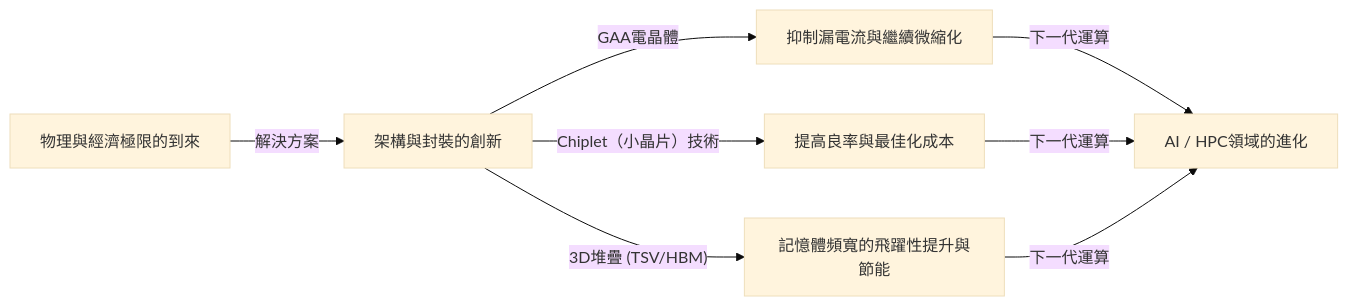
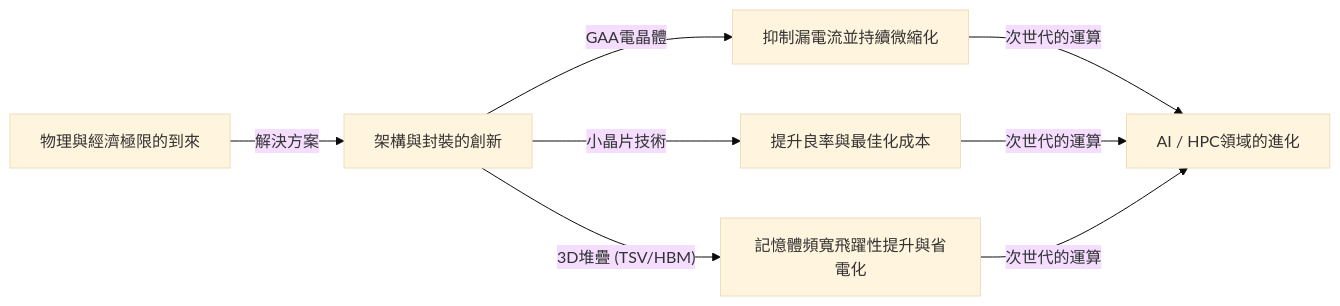
One commit to kenjinote/blog changed the second of 2 diagrams in content/post/business-moores-law/index.zh-tw.md. Above: the diagram before and after it, drawn with Mermaid (base theme). The commit also changed other lines of this file and 40 other files, not shown here.

````diff
--- a/content/post/business-moores-law/index.zh-tw.md
+++ b/content/post/business-moores-law/index.zh-tw.md
@@ -111,10 +111,10 @@
 ```mermaid
 graph LR
     A["物理與經濟極限的到來"] -- "解決方案" --> B["架構與封裝的創新"]
-    B -- "GAA電晶體" --> C["抑制漏電流與繼續微縮化"]
-    B -- "Chiplet（小晶片）技術" --> D["提高良率與最佳化成本"]
-    B -- "3D堆疊 (TSV/HBM)" --> E["記憶體頻寬的飛躍性提升與節能"]
-    C -- "下一代運算" --> F["AI / HPC領域的進化"]
-    D -- "下一代運算" --> F
-    E -- "下一代運算" --> F
+    B -- "GAA電晶體" --> C["抑制漏電流並持續微縮化"]
+    B -- "小晶片技術" --> D["提升良率與最佳化成本"]
+    B -- "3D堆疊 (TSV/HBM)" --> E["記憶體頻寬飛躍性提升與省電化"]
+    C -- "次世代的運算" --> F["AI / HPC領域的進化"]
+    D -- "次世代的運算" --> F
+    E -- "次世代的運算" --> F
 ```
````
